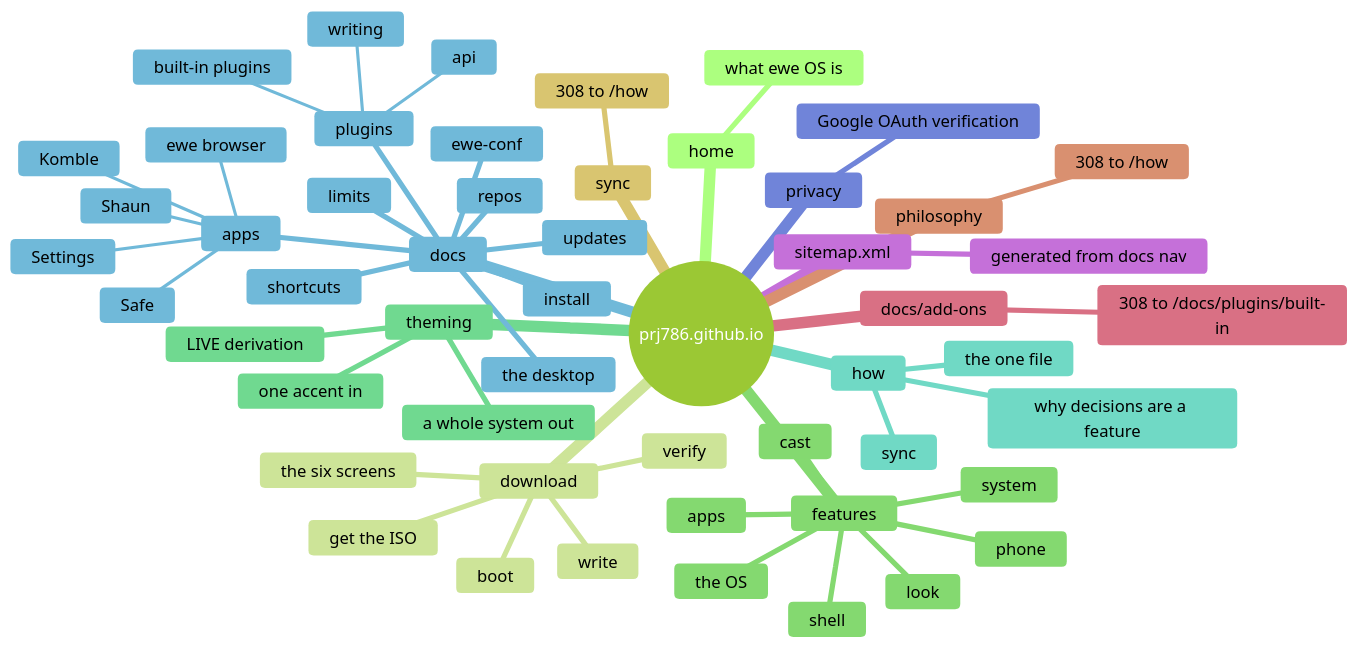
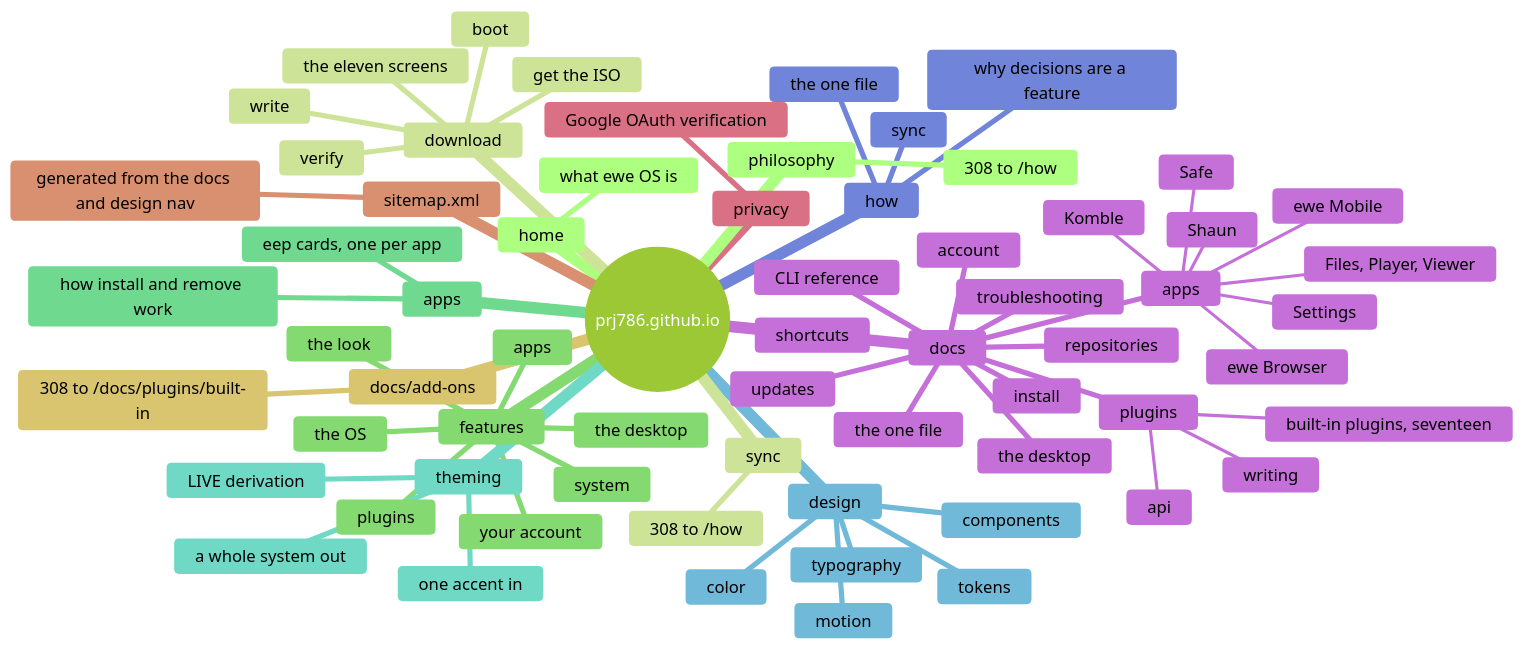
One commit to prj786/ewe-map changed the diagram in 03-Components/Website.md. Above: the diagram before and after it, drawn with Mermaid (forest theme). The commit also changed other lines of this file and 8 other files, not shown here.

Commit message:
vault: decision 82 (ewe Mobile public and opt-in) and the catch-up to 0.2.1-beta

````diff
--- a/03-Components/Website.md
+++ b/03-Components/Website.md
@@ -28,56 +28,69 @@
 ```mermaid
 mindmap
   root((prj786.github.io))
     home
       what ewe OS is
     download
       get the ISO
       verify
       write
       boot
-      the six screens
+      the eleven screens
     features
       the OS
-      shell
-      look
+      the desktop
       apps
-      cast
-      phone
+      plugins
+      the look
+      your account
       system
+    apps
+      eep cards, one per app
+      how install and remove work
     theming
       one accent in
       a whole system out
       LIVE derivation
+    design
+      tokens
+      color
+      typography
+      motion
+      components
     how
       the one file
       sync
       why decisions are a feature
     docs
       install
       the desktop
       apps
-        ewe browser
+        ewe Browser
+        Files, Player, Viewer
+        ewe Mobile
         Safe
         Shaun
         Komble
         Settings
+      account
+      the one file
       plugins
-        built-in plugins
+        built-in plugins, seventeen
         writing
         api
+      CLI reference
       shortcuts
       updates
-      ewe-conf
-      limits
-      repos
+      repositories
+      troubleshooting
     privacy
       Google OAuth verification
     sitemap.xml
-      generated from docs nav
+      generated from the docs and design nav
     docs/add-ons
       308 to /docs/plugins/built-in
     philosophy
       308 to /how
     sync
       308 to /how
 ```
````
